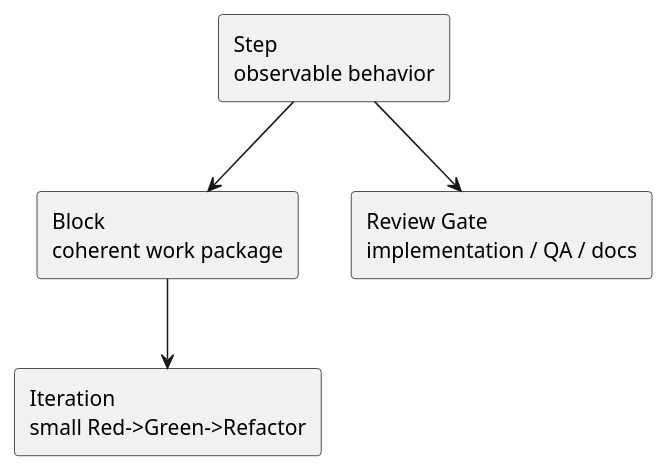
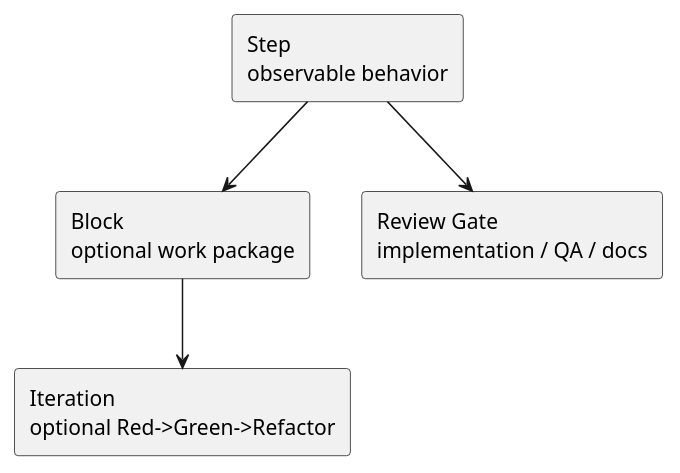
One commit to chemitaro/spec-dock changed the second of 2 diagrams in spec-deps/current/discussions/003-disc-plan-template-redesign.md. Above: the diagram before and after it, drawn with PlantUML. The commit also changed other lines of this file and 4 other files, not shown here.

````diff
--- a/spec-deps/current/discussions/003-disc-plan-template-redesign.md
+++ b/spec-deps/current/discussions/003-disc-plan-template-redesign.md
@@ -306,15 +306,15 @@
 ```plantuml
 @startuml
 skinparam monochrome true
 skinparam defaultTextAlignment left
 
 rectangle "Step\nobservable behavior" as Step
-rectangle "Block\ncoherent work package" as Block
-rectangle "Iteration\nsmall Red->Green->Refactor" as Iter
+rectangle "Block\noptional work package" as Block
+rectangle "Iteration\noptional Red->Green->Refactor" as Iter
 rectangle "Review Gate\nimplementation / QA / docs" as Gate
 
 Step --> Block
 Block --> Iter
 Step --> Gate
 @enduml
 ```
````
